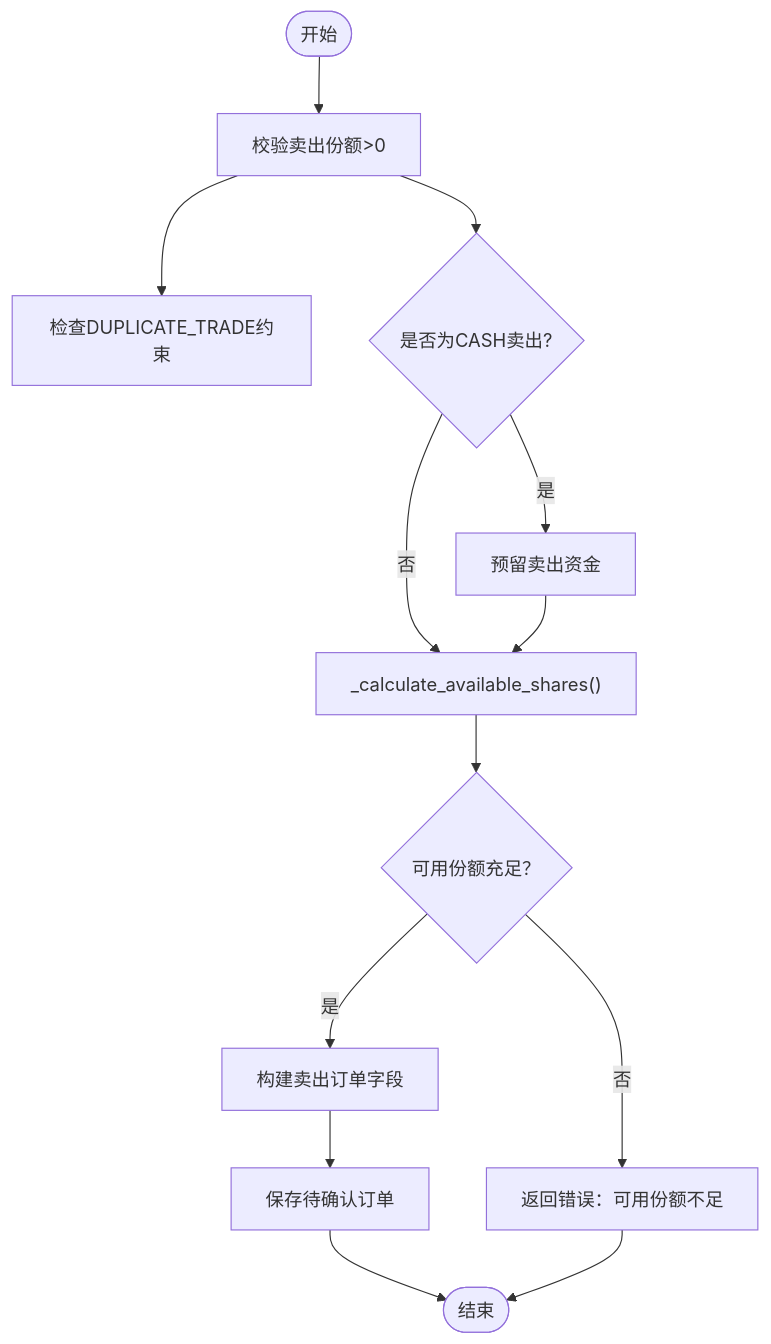
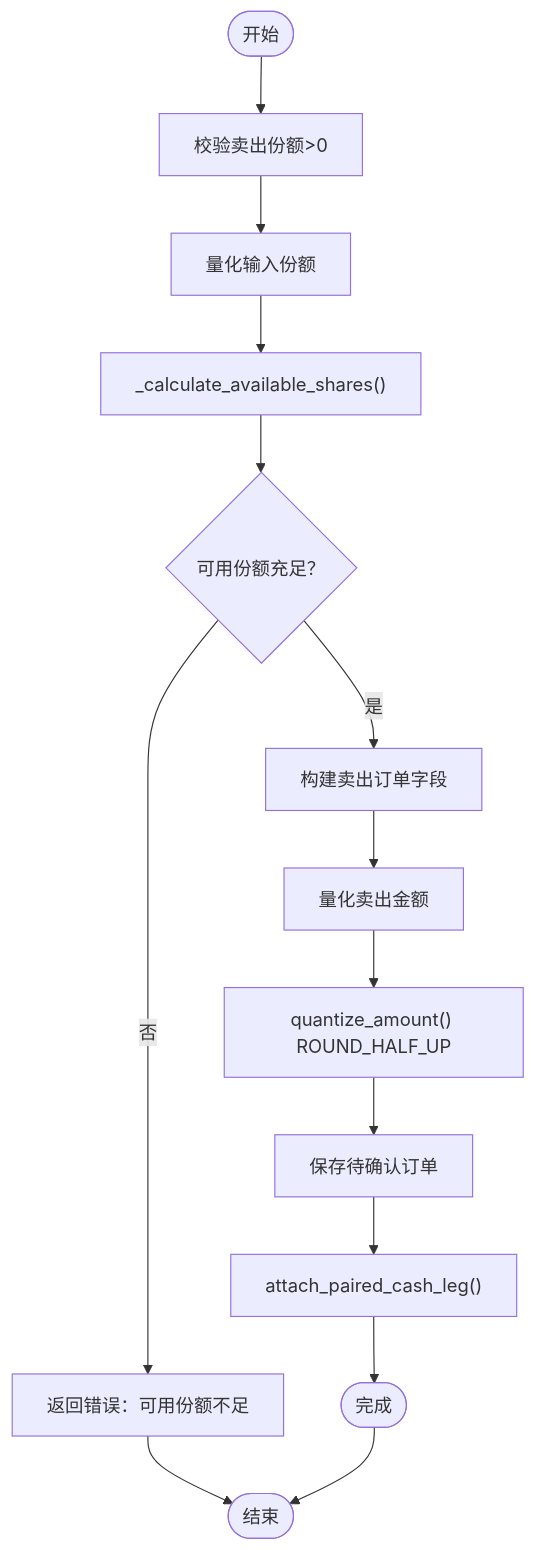
Before and after one commit to gujialind/InvestRing: the tenth of 15 diagrams in .qoder/repowiki/zh/content/核心业务功能/交易处理.md, drawn with Mermaid. The commit also changed other lines of this file and 65 other files, not shown here.

````diff
--- a/.qoder/repowiki/zh/content/核心业务功能/交易处理.md
+++ b/.qoder/repowiki/zh/content/核心业务功能/交易处理.md
@@ -514,15 +470,16 @@
 ```mermaid
 flowchart TD
 Start(["开始"]) --> CheckShares["校验卖出份额>0"]
-CheckShares --> CheckDuplicate["检查DUPLICATE_TRADE约束"]
-CheckShares --> CheckCashType{"是否为CASH卖出?"}
-CheckCashType --> |是| ReserveCash["预留卖出资金"]
-CheckCashType --> |否| ShareCalc["_calculate_available_shares()"]
-ReserveCash --> ShareCalc
+CheckShares --> QuantizeInput["量化输入份额"]
+QuantizeInput --> ShareCalc["_calculate_available_shares()"]
 ShareCalc --> Enough{"可用份额充足？"}
 Enough --> |否| Err["返回错误：可用份额不足"]
 Enough --> |是| Build["构建卖出订单字段"]
-Build --> Save["保存待确认订单"]
-Save --> End(["结束"])
-Err --> End
+Build --> QuantizeAmt["量化卖出金额"]
+QuantizeAmt --> Quantize["quantize_amount() ROUND_HALF_UP"]
+Quantize --> Save["保存待确认订单"]
+Save --> AttachPair["attach_paired_cash_leg()"]
+AttachPair --> Complete(["完成"])
+Err --> End(["结束"])
+Complete --> End
 ```
````
